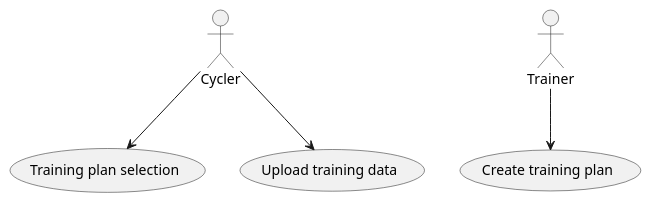
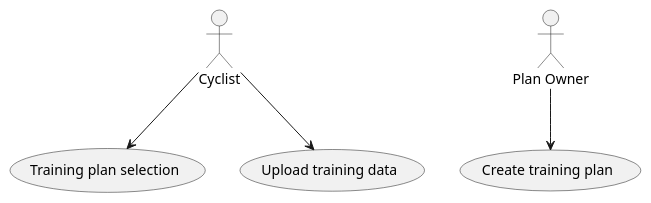
Before and after one commit to maciejmalecki/ciclismo: the diagram in doc/includes/_01_requirements.adoc, drawn with PlantUML. The commit also changed other lines of this file and 1 other file, not shown here.

```diff
--- a/doc/includes/_01_requirements.adoc
+++ b/doc/includes/_01_requirements.adoc
@@ -10,9 +10,11 @@
 [plantuml, actors, png]
 ....
+:Cyclist:
+:Plan Owner: as Trainer
 (Training plan selection) as UC01
 (Upload training data) as UC02
 (Create training plan) as UC11
-:Cycler: --> UC01
-:Cycler: --> UC02
-:Trainer: --> UC11
+:Cyclist: --> UC01
+:Cyclist: --> UC02
+Trainer --> UC11
 ....
```
